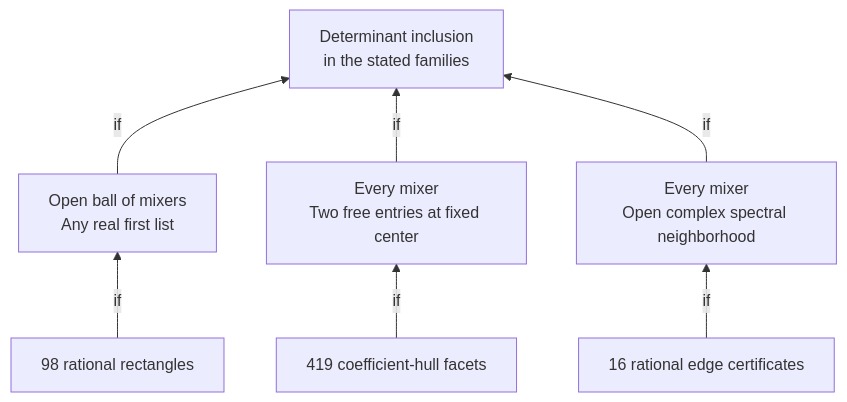
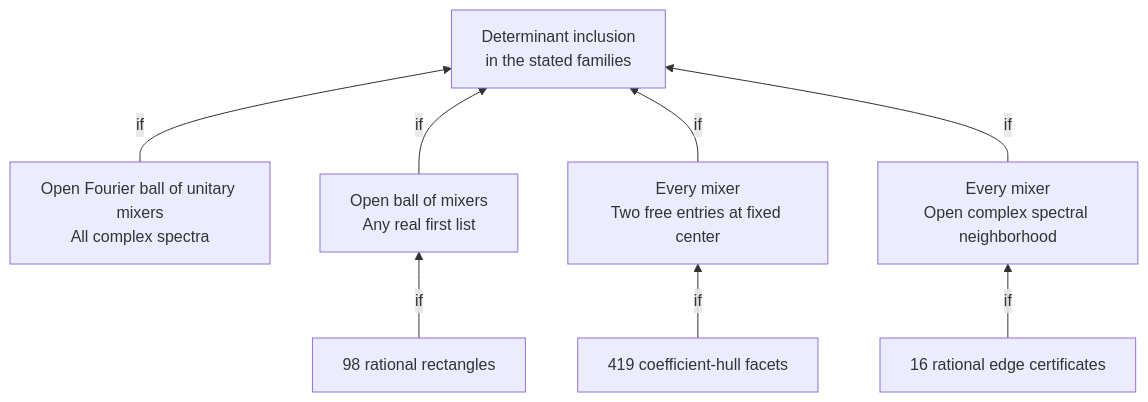
Before and after one commit to ascendnoosphere/MOC: the fifth of 5 diagrams in Docs/order-five-proof-map.md, drawn with Mermaid. The commit also changed other lines of this file and 3 other files, not shown here.

````diff
--- a/Docs/order-five-proof-map.md
+++ b/Docs/order-five-proof-map.md
@@ -165,16 +165,18 @@
 ```mermaid
 flowchart BT
     Hull["Determinant inclusion<br/>in the stated families"]
+    Fourier["Open Fourier ball of unitary mixers<br/>All complex spectra"]
     Ball["Open ball of mixers<br/>Any real first list"]
     Pencil["Every mixer<br/>Two free entries at fixed center"]
     Tube["Every mixer<br/>Open complex spectral neighborhood"]
     Shapes["98 rational rectangles"]
     Facets["419 coefficient-hull facets"]
     Edges["16 rational edge certificates"]
     Shapes -->|if| Ball
     Facets -->|if| Pencil
     Edges -->|if| Tube
+    Fourier -->|if| Hull
     Ball -->|if| Hull
     Pencil -->|if| Hull
     Tube -->|if| Hull
 ```
````
